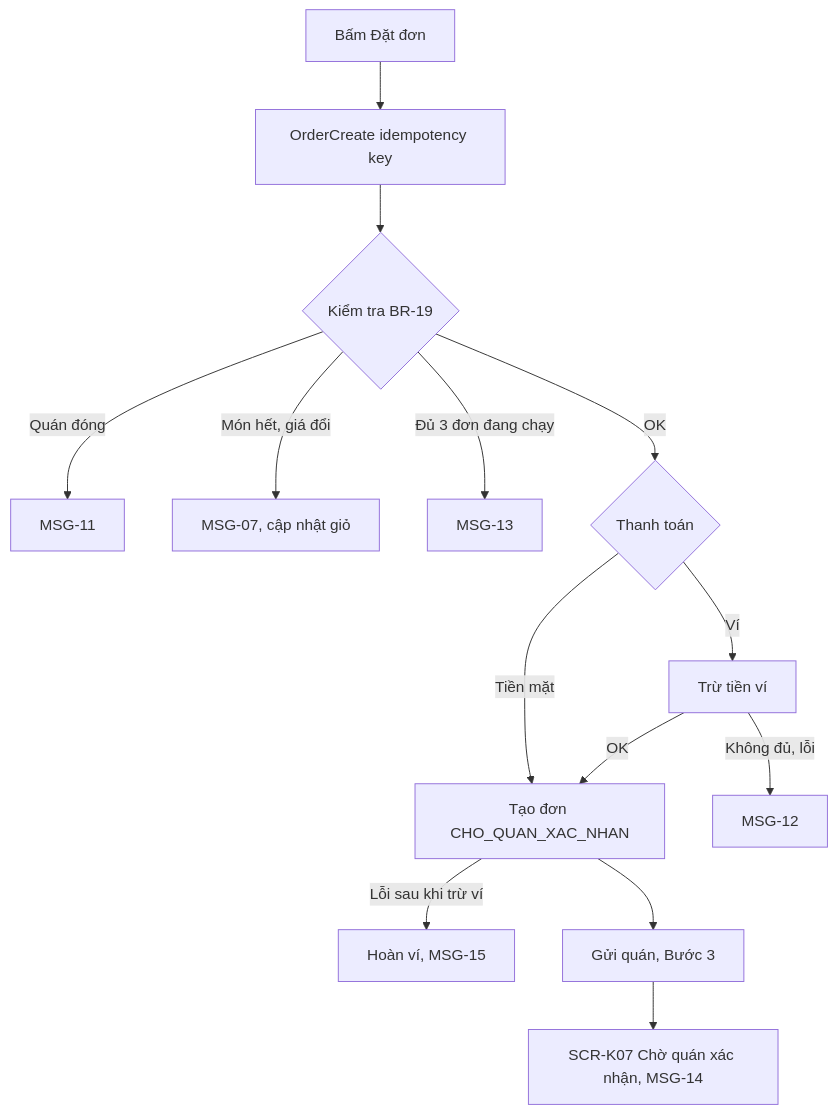
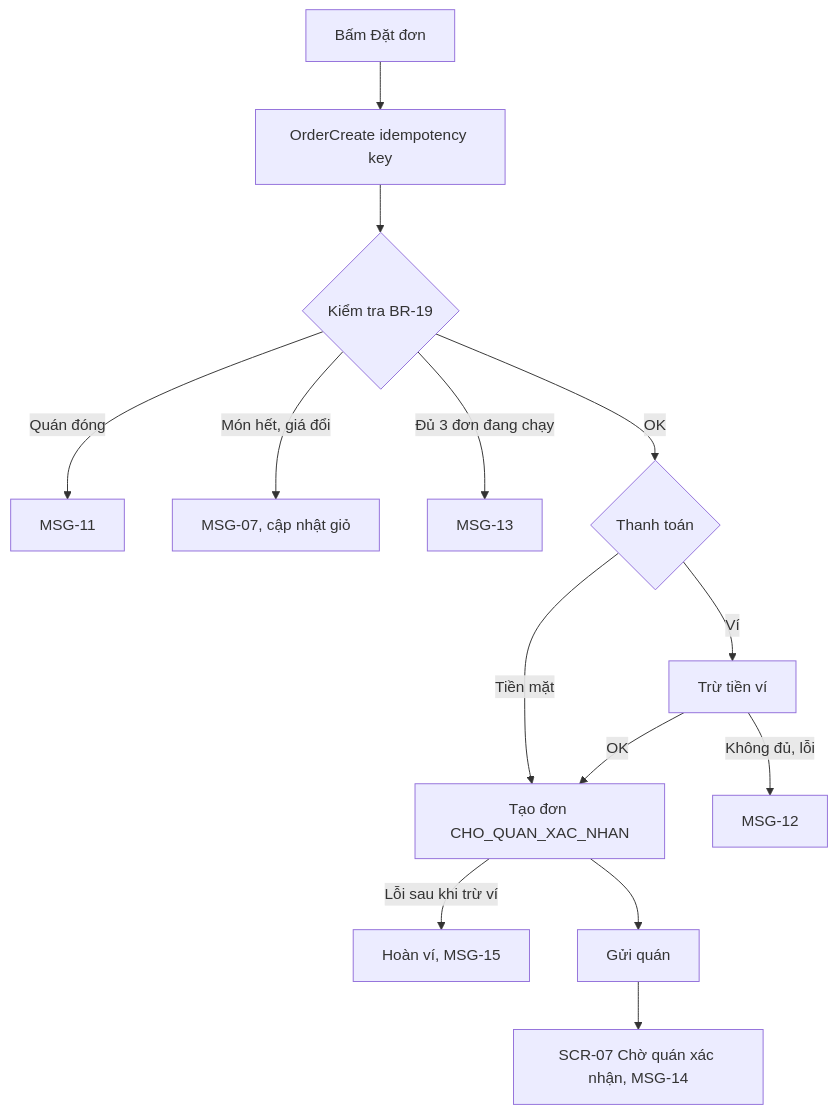
The seventh of 15 diagrams in docs/SRS.md (uxfoundation-vn/de06-dat-ship-do-an), drawn with Mermaid before and after one commit. The commit also changed other lines of this file and 2 other files, not shown here.

````diff
--- a/docs/SRS.md
+++ b/docs/SRS.md
@@ -442,16 +371,16 @@
 ```mermaid
 flowchart TD
   A["Bấm Đặt đơn"] --> B["OrderCreate idempotency key"]
   B --> C{"Kiểm tra BR-19"}
   C -->|Quán đóng| C1["MSG-11"]
   C -->|Món hết, giá đổi| C2["MSG-07, cập nhật giỏ"]
   C -->|Đủ 3 đơn đang chạy| C3["MSG-13"]
   C -->|OK| D{"Thanh toán"}
   D -->|Tiền mặt| F["Tạo đơn CHO_QUAN_XAC_NHAN"]
   D -->|Ví| E["Trừ tiền ví"]
   E -->|Không đủ, lỗi| E1["MSG-12"]
   E -->|OK| F
   F -->|Lỗi sau khi trừ ví| F1["Hoàn ví, MSG-15"]
-  F --> G["Gửi quán, Bước 3"]
-  G --> H["SCR-K07 Chờ quán xác nhận, MSG-14"]
+  F --> G["Gửi quán"]
+  G --> H["SCR-07 Chờ quán xác nhận, MSG-14"]
 ```
````
